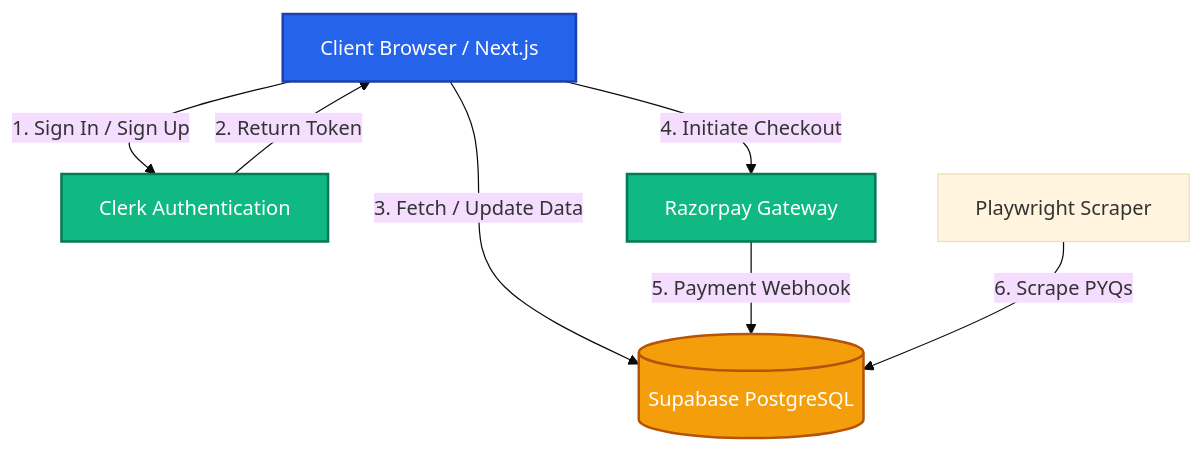
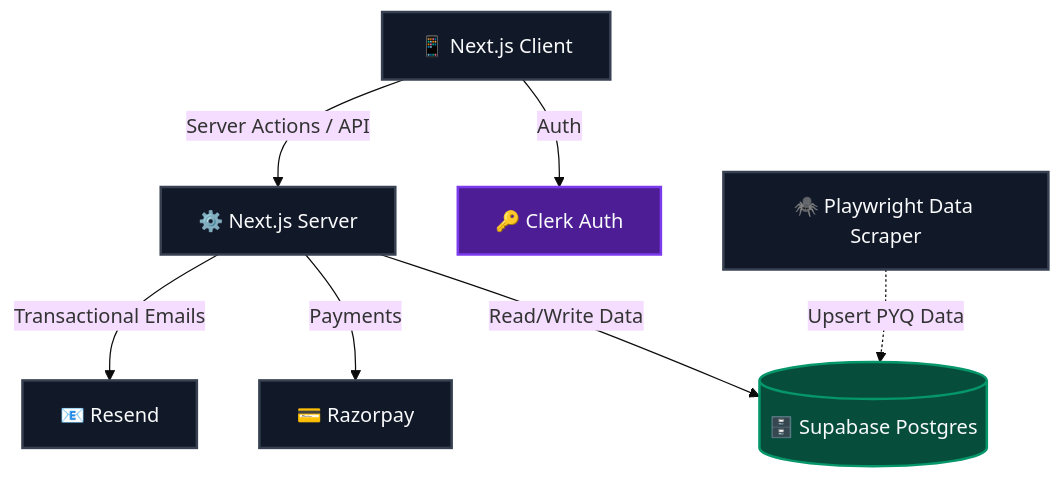
Before and after one commit to GaneshSarode/cet-mentor-hub: the diagram in README.md, drawn with Mermaid (base theme). The commit also changed other lines of this file, not shown here.

````diff
--- a/README.md
+++ b/README.md
@@ -52,23 +57,15 @@
 ```mermaid
-graph TD;
-    Client[Client Browser / Next.js]
-    Auth[Clerk Authentication]
-    DB[(Supabase PostgreSQL)]
-    Payment[Razorpay Gateway]
-    Scraper[Playwright Scraper]
+graph TD
+    Client[📱 Next.js Client] -->|Auth| Clerk[🔑 Clerk Auth]
+    Client -->|Server Actions / API| Server[⚙️ Next.js Server]
+    Server -->|Read/Write Data| Supabase[(🗄️ Supabase Postgres)]
+    Server -->|Payments| Razorpay[💳 Razorpay]
+    Server -->|Transactional Emails| Resend[📧 Resend]
+    Scraper[🕷️ Playwright Data Scraper] -.->|Upsert PYQ Data| Supabase
     
-    Client -->|1. Sign In / Sign Up| Auth
-    Auth -->|2. Return Token| Client
-    Client -->|3. Fetch / Update Data| DB
-    Client -->|4. Initiate Checkout| Payment
-    Payment -->|5. Payment Webhook| DB
-    Scraper -->|6. Scrape PYQs| DB
-    
-    classDef main fill:#2563eb,stroke:#1e40af,stroke-width:2px,color:#fff;
-    classDef secondary fill:#10b981,stroke:#047857,stroke-width:2px,color:#fff;
-    classDef db fill:#f59e0b,stroke:#b45309,stroke-width:2px,color:#fff;
-    
-    class Client main;
-    class Auth,Payment secondary;
-    class DB db;
+    classDef default fill:#111827,stroke:#374151,stroke-width:2px,color:#F9FAFB;
+    classDef db fill:#064E3B,stroke:#059669,stroke-width:2px,color:#F9FAFB;
+    classDef auth fill:#4C1D95,stroke:#7C3AED,stroke-width:2px,color:#F9FAFB;
+    class Supabase db;
+    class Clerk auth;
 ```
````
